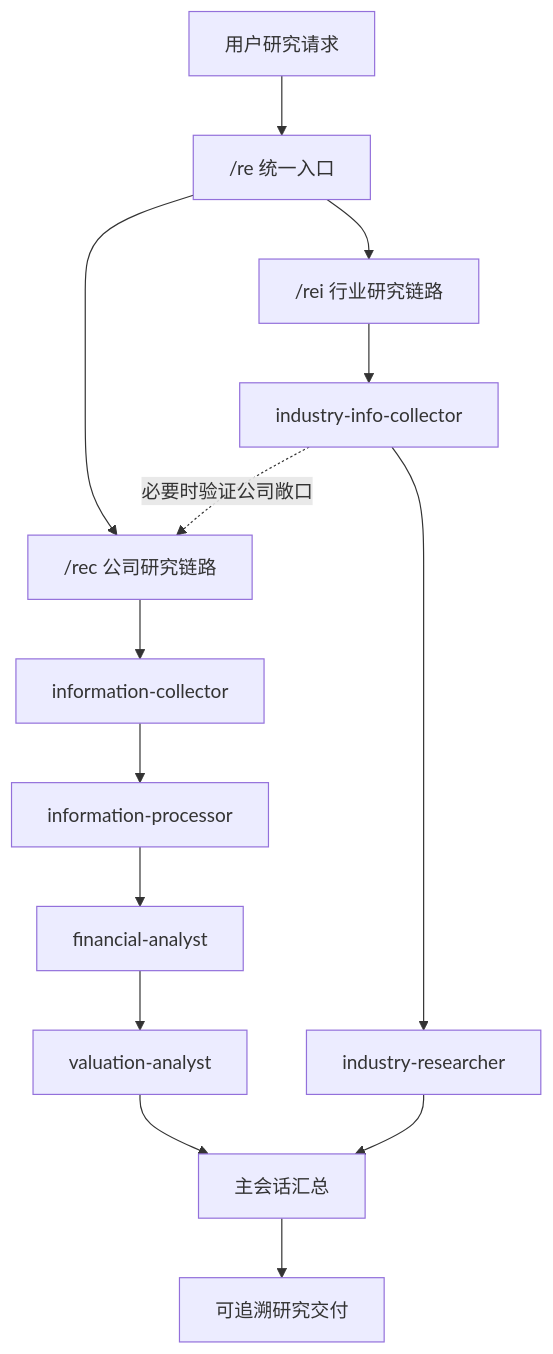
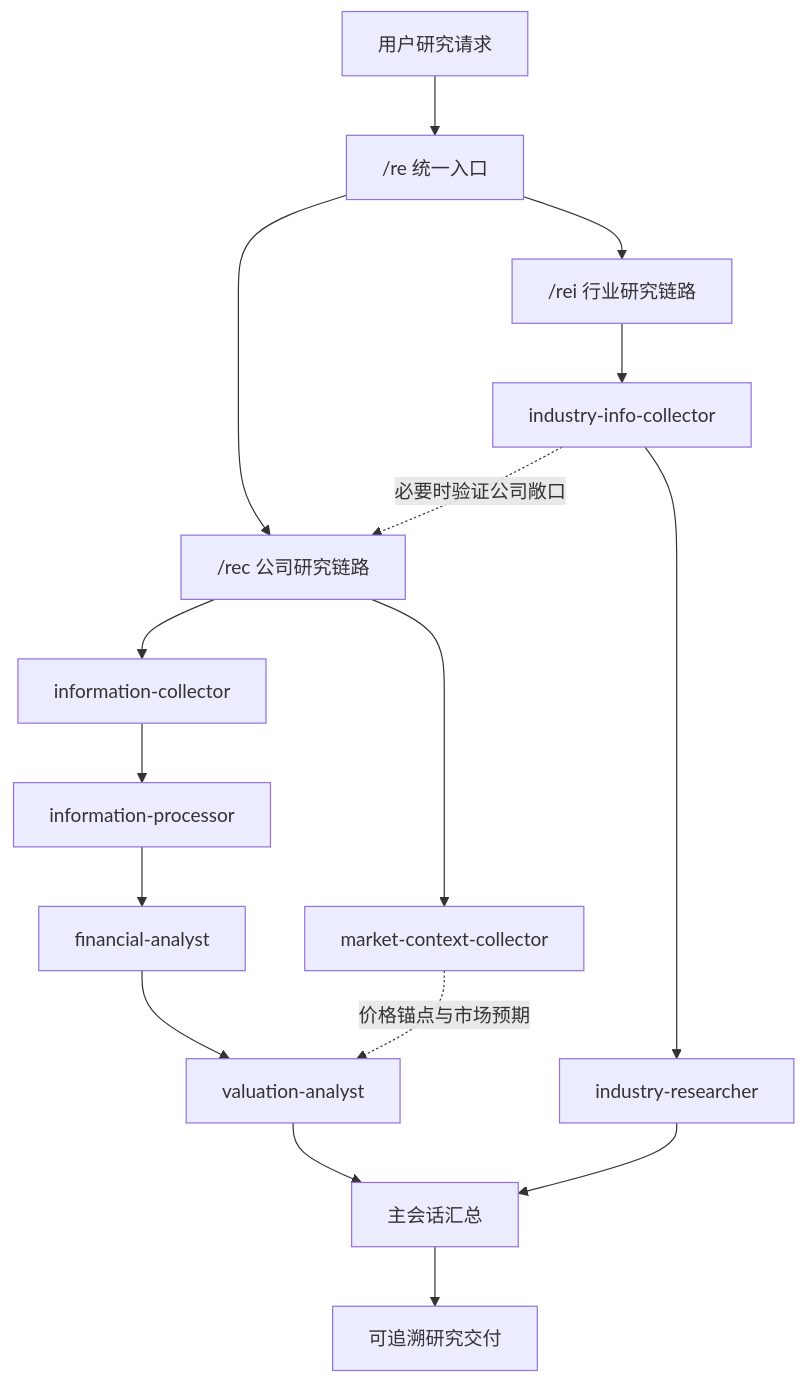
One commit to abstractSJ/multiagents changed the diagram in README.md. Above: the diagram before and after it, drawn with Mermaid. The commit also changed other lines of this file, not shown here.

First line of the commit message:
README 同步 market-context-collector 角色与代码规模

````diff
--- a/README.md
+++ b/README.md
@@ -21,20 +21,22 @@
 ```mermaid
 flowchart TD
     U["用户研究请求"] --> R["/re 统一入口"]
 
     R --> C["/rec 公司研究链路"]
     R --> I["/rei 行业研究链路"]
 
     C --> IC["information-collector"]
     IC --> IP["information-processor"]
     IP --> FA["financial-analyst"]
     FA --> VA["valuation-analyst"]
+    C --> MCC["market-context-collector"]
+    MCC -.->|价格锚点与市场预期| VA
 
     I --> IIC["industry-info-collector"]
     IIC --> IR["industry-researcher"]
     IIC -.->|必要时验证公司敞口| C
 
     VA --> S["主会话汇总"]
     IR --> S
     S --> O["可追溯研究交付"]
 ```
````
